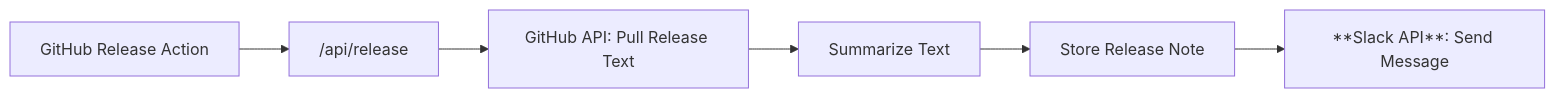
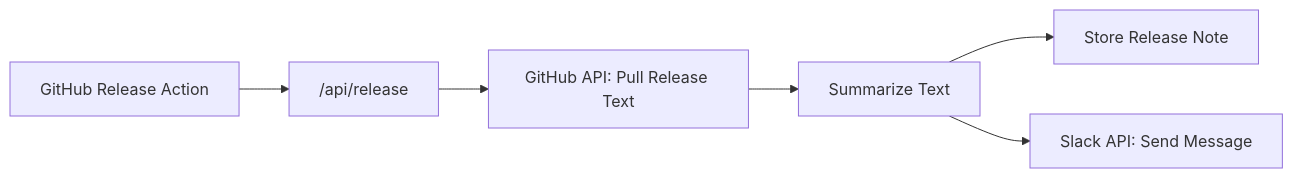
Before and after one commit to carstenjacobsen/runpod-demo: the diagram in README.md, drawn with Mermaid.

Commit message:
Fix diagram flow in README.md

````diff
--- a/README.md
+++ b/README.md
@@ -5,8 +5,8 @@
 ```mermaid
 flowchart LR
     A[GitHub Release Action] --> B["/api/release"]
     B --> C[GitHub API: Pull Release Text]
     C --> D[Summarize Text]
     D --> E[Store Release Note]
-    E --> F[**Slack API**: Send Message]
+    D --> F[Slack API: Send Message]
 ```
````
